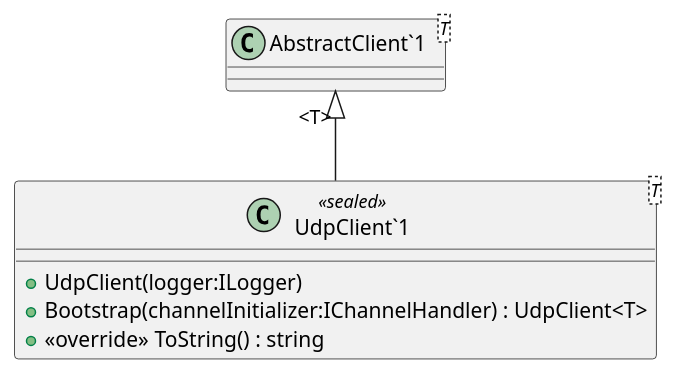
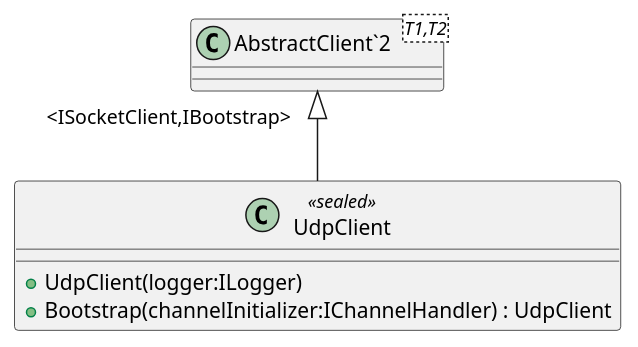
One commit to catalyst-network/Catalyst changed the diagram in Documentation/UML/Catalyst.Node.Common/Helpers/IO/Outbound/UdpClient.puml. Above: the diagram before and after it, drawn with PlantUML. The commit also changed 29 other files, not shown here.

```diff
--- a/Documentation/UML/Catalyst.Node.Common/Helpers/IO/Outbound/UdpClient.puml
+++ b/Documentation/UML/Catalyst.Node.Common/Helpers/IO/Outbound/UdpClient.puml
@@ -1,10 +1,9 @@
 @startuml
-class "UdpClient`1"<T> <<sealed>> {
+class UdpClient <<sealed>> {
     + UdpClient(logger:ILogger)
-    + Bootstrap(channelInitializer:IChannelHandler) : UdpClient<T>
-    + <<override>> ToString() : string
+    + Bootstrap(channelInitializer:IChannelHandler) : UdpClient
 }
-class "AbstractClient`1"<T> {
+class "AbstractClient`2"<T1,T2> {
 }
-"AbstractClient`1" "<T>" <|-- "UdpClient`1"
+"AbstractClient`2" "<ISocketClient,IBootstrap>" <|-- UdpClient
 @enduml
```
